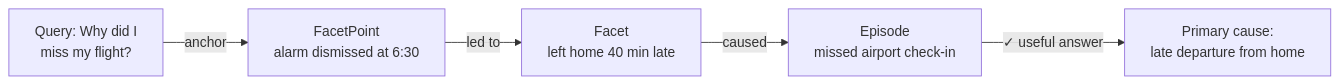
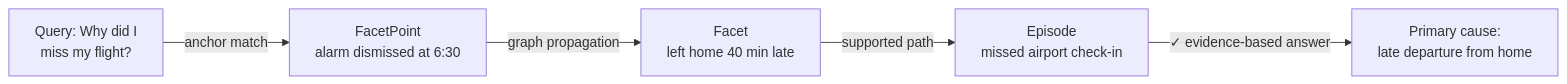
The second of 4 diagrams in README.md (relunctance/m_flow), drawn with Mermaid before and after one commit. The commit also changed other lines of this file, not shown here.

First line of the commit message:
docs(readme): clarify keyword-overlap contrast and inverted-cone propagation

````diff
--- a/README.md
+++ b/README.md
@@ -49,7 +49,7 @@
 ```mermaid
 flowchart LR
-    Q["Query: Why did I\nmiss my flight?"] -->|anchor| FP["FacetPoint\nalarm dismissed at 6:30"]
-    FP -->|"led to"| F["Facet\nleft home 40 min late"]
-    F -->|"caused"| E["Episode\nmissed airport check-in"]
-    E -->|"✓ useful answer"| R["Primary cause:\nlate departure from home"]
+    Q["Query: Why did I\nmiss my flight?"] -->|"anchor match"| FP["FacetPoint\nalarm dismissed at 6:30"]
+    FP -->|"graph propagation"| F["Facet\nleft home 40 min late"]
+    F -->|"supported path"| E["Episode\nmissed airport check-in"]
+    E -->|"✓ evidence-based answer"| R["Primary cause:\nlate departure from home"]
 ```
````
